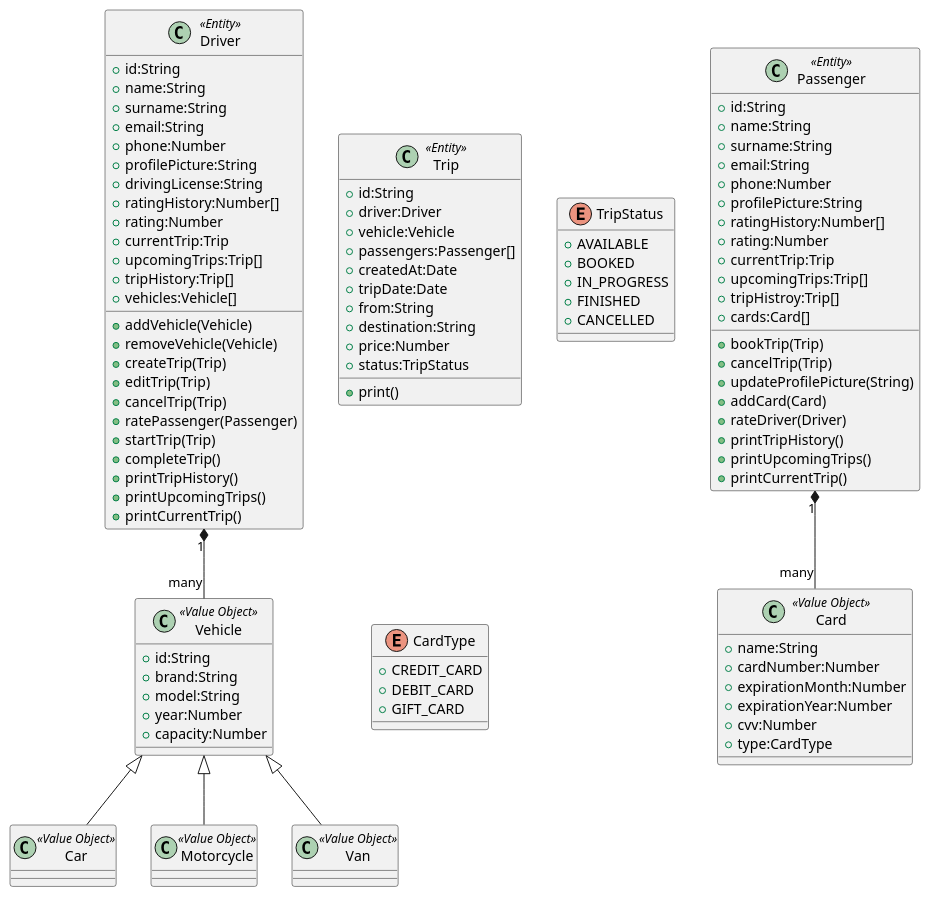
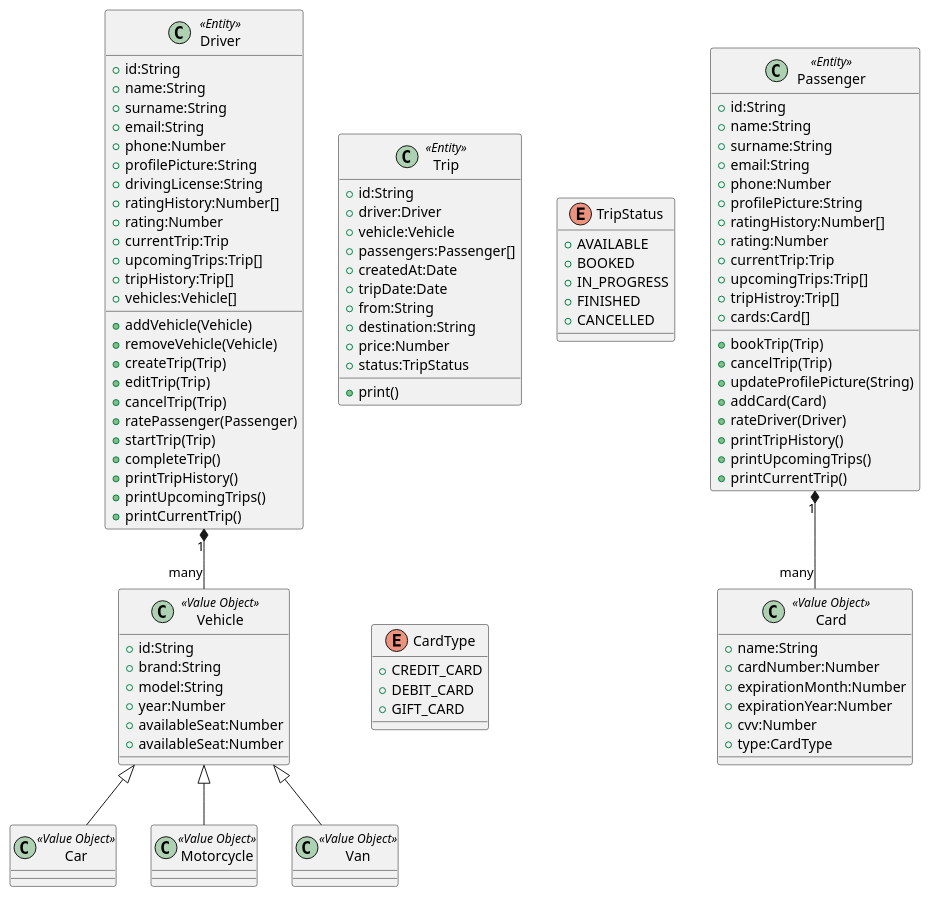
The diagram in class-diagram.puml (furkan-tan/tryp), drawn with PlantUML before and after one commit. The commit also changed 21 other files, not shown here.

```diff
--- a/class-diagram.puml
+++ b/class-diagram.puml
@@ -1,128 +1,129 @@
 @startuml Tryp
 
 class Passenger <<Entity>>{
     +id:String
     +name:String
     +surname:String
     +email:String
     +phone:Number
     +profilePicture:String
     +ratingHistory:Number[]
     +rating:Number
     +currentTrip:Trip
     +upcomingTrips:Trip[]
     +tripHistroy:Trip[]
     +cards:Card[]
 
     +bookTrip(Trip)
     +cancelTrip(Trip)
     +updateProfilePicture(String)
     +addCard(Card)
     +rateDriver(Driver)
     +printTripHistory()
     +printUpcomingTrips()
     +printCurrentTrip()
 
 }
 
 class Driver <<Entity>>{
     +id:String
     +name:String
     +surname:String
     +email:String
     +phone:Number
     +profilePicture:String
     +drivingLicense:String
     +ratingHistory:Number[]
     +rating:Number
     +currentTrip:Trip
     +upcomingTrips:Trip[]
     +tripHistory:Trip[]
     +vehicles:Vehicle[]
 
     +addVehicle(Vehicle)
     +removeVehicle(Vehicle)
     +createTrip(Trip)
     +editTrip(Trip)
     +cancelTrip(Trip)
     +ratePassenger(Passenger)
     +startTrip(Trip)
     +completeTrip()
     +printTripHistory()
     +printUpcomingTrips()
     +printCurrentTrip()
 }
 
 class Vehicle <<Value Object>>{
     +id:String
     +brand:String
     +model:String
     +year:Number
-    +capacity:Number
+    +availableSeat:Number
+    +availableSeat:Number
 }
 
 class Car <<Value Object>>{
 
 }
 
 class Motorcycle <<Value Object>>{
 
 }
 
 class Van <<Value Object>>{
 
 }
 
 
 class Trip <<Entity>>{
     +id:String
     +driver:Driver
     +vehicle:Vehicle
     +passengers:Passenger[]
     +createdAt:Date
     +tripDate:Date
     +from:String
     +destination:String
     +price:Number
     +status:TripStatus
 
     +print()
 }
 
 
 
 enum TripStatus{
     +AVAILABLE
     +BOOKED
     +IN_PROGRESS
     +FINISHED
     +CANCELLED
 }
 
 
 
 class Card <<Value Object>>{
     +name:String
     +cardNumber:Number
     +expirationMonth:Number
     +expirationYear:Number
     +cvv:Number
     +type:CardType
 }
 
 enum CardType{
     +CREDIT_CARD
     +DEBIT_CARD
     +GIFT_CARD
 }
 
 Driver "1" *-- "many" Vehicle
 
 Passenger "1" *-- "many" Card
 
 
 Car -up-|> Vehicle
 Van -up-|> Vehicle
 Motorcycle -up-|> Vehicle
 
 @enduml
```
